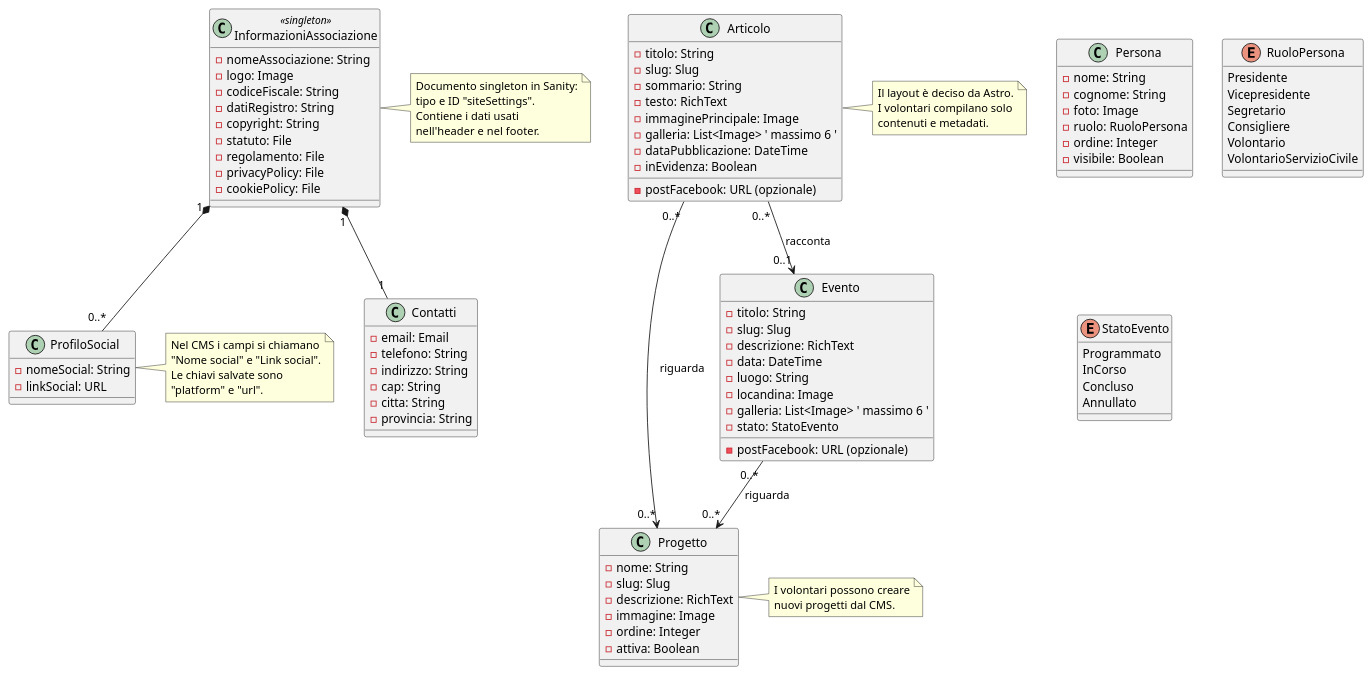
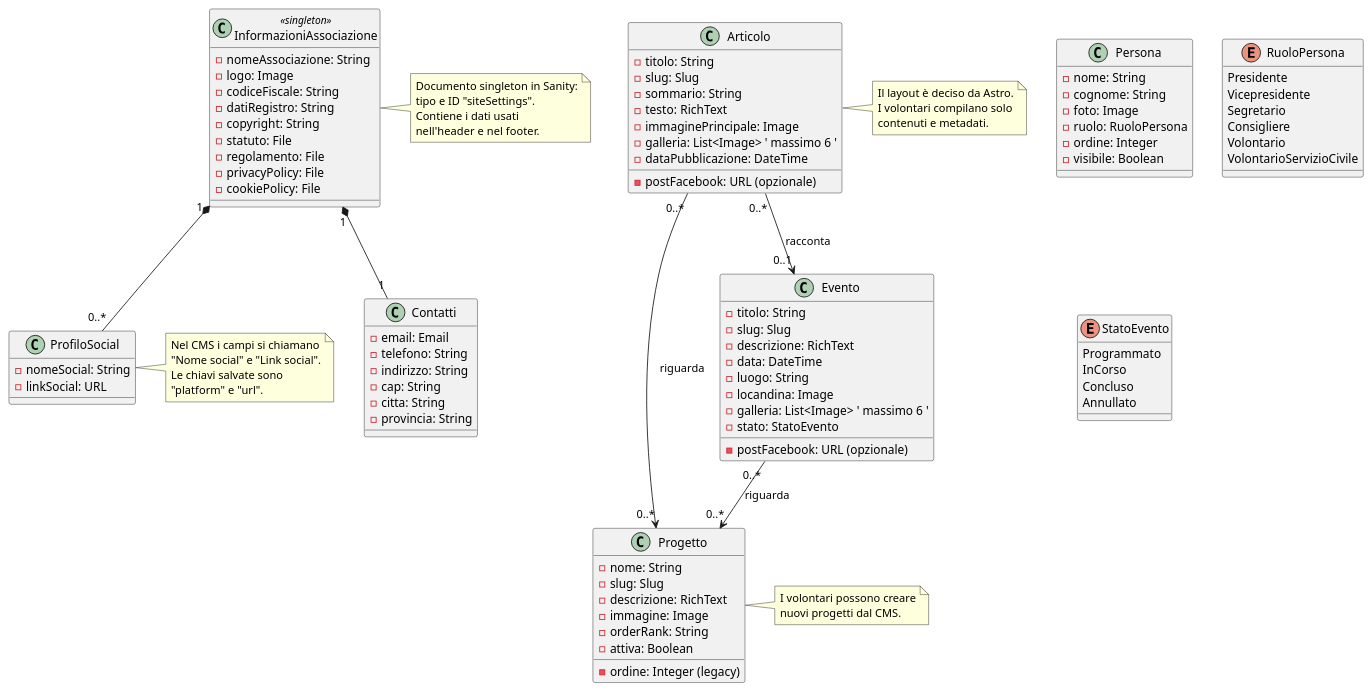
Before and after one commit to bickpenna/Assoe: the diagram in docs/class.puml, drawn with PlantUML. The commit also changed 19 other files, not shown here.

```diff
--- a/docs/class.puml
+++ b/docs/class.puml
@@ -1,135 +1,135 @@
 @startuml
 
 ' ============================================================
 ' Contenuti globali
 ' ============================================================
 
 class InformazioniAssociazione <<singleton>> {
     -nomeAssociazione: String
     -logo: Image
     -codiceFiscale: String
     -datiRegistro: String
     -copyright: String
     -statuto: File
     -regolamento: File
     -privacyPolicy: File
     -cookiePolicy: File
 }
 
 class Contatti {
     -email: Email
     -telefono: String
     -indirizzo: String
     -cap: String
     -citta: String
     -provincia: String
 }
 
 class ProfiloSocial {
     -nomeSocial: String
     -linkSocial: URL
 }
 
 ' ============================================================
 ' Contenuti editoriali
 ' ============================================================
 
 class Progetto {
     -nome: String
     -slug: Slug
     -descrizione: RichText
     -immagine: Image
-    -ordine: Integer
+    -orderRank: String
+    -ordine: Integer (legacy)
     -attiva: Boolean
 }
 
 class Articolo {
     -titolo: String
     -slug: Slug
     -sommario: String
     -testo: RichText
     -postFacebook: URL (opzionale)
     -immaginePrincipale: Image
     -galleria: List<Image> ' massimo 6 '
     -dataPubblicazione: DateTime
-    -inEvidenza: Boolean
 }
 
 class Evento {
     -titolo: String
     -slug: Slug
     -descrizione: RichText
     -postFacebook: URL (opzionale)
     -data: DateTime
     -luogo: String
     -locandina: Image
     -galleria: List<Image> ' massimo 6 '
     -stato: StatoEvento
 }
 
 class Persona {
     -nome: String
     -cognome: String
     -foto: Image
     -ruolo: RuoloPersona
     -ordine: Integer
     -visibile: Boolean
 }
 
 ' ==============================================================
 ' Enumerazioni
 ' ==============================================================
 
 enum RuoloPersona {
     Presidente
     Vicepresidente
     Segretario
     Consigliere
     Volontario
     VolontarioServizioCivile
 }
 
 enum StatoEvento {
     Programmato
     InCorso
     Concluso
     Annullato
 }
 
 ' ============================================================
 ' Relazioni
 ' ============================================================
 
 InformazioniAssociazione "1" *-- "1" Contatti
 InformazioniAssociazione "1" *-- "0..*" ProfiloSocial
 
 Articolo "0..*" --> "0..*" Progetto : riguarda
 Evento "0..*" --> "0..*" Progetto : riguarda
 Articolo "0..*" --> "0..1" Evento : racconta
 
 note right of InformazioniAssociazione
     Documento singleton in Sanity:
     tipo e ID "siteSettings".
     Contiene i dati usati
     nell'header e nel footer.
 end note
 
 note right of ProfiloSocial
     Nel CMS i campi si chiamano
     "Nome social" e "Link social".
     Le chiavi salvate sono
     "platform" e "url".
 end note
 
 note right of Progetto
     I volontari possono creare
     nuovi progetti dal CMS.
 end note
 
 note right of Articolo
     Il layout è deciso da Astro.
     I volontari compilano solo
     contenuti e metadati.
 end note
 
 @enduml
```
